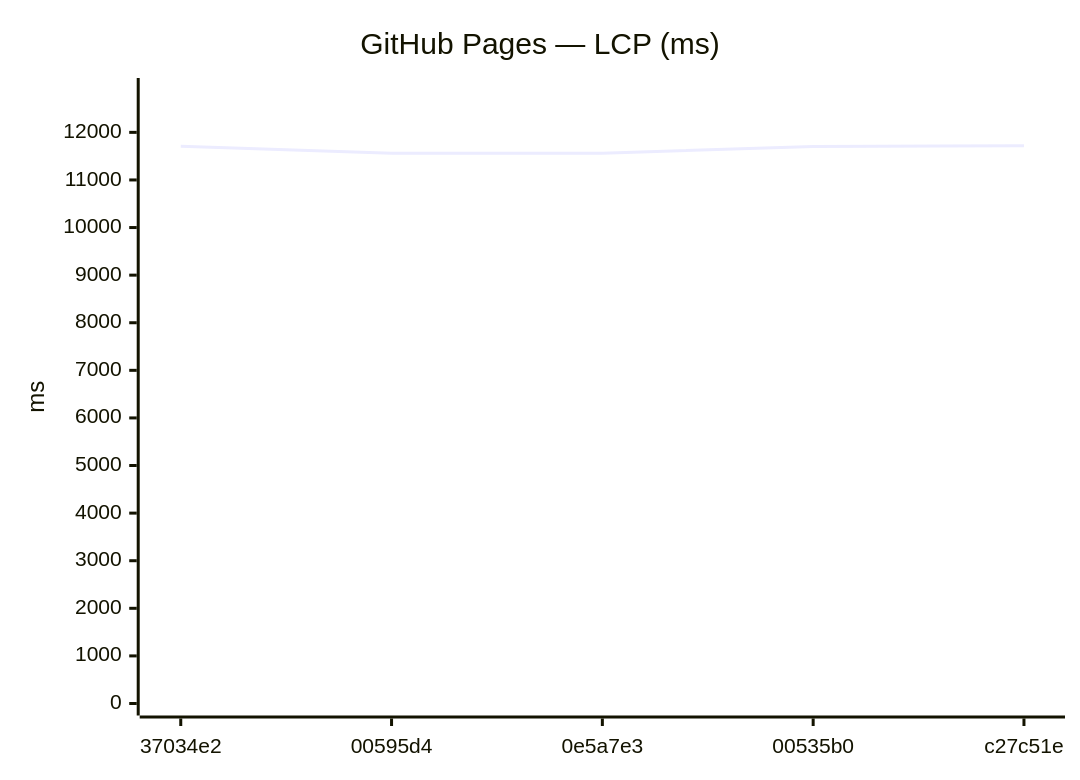
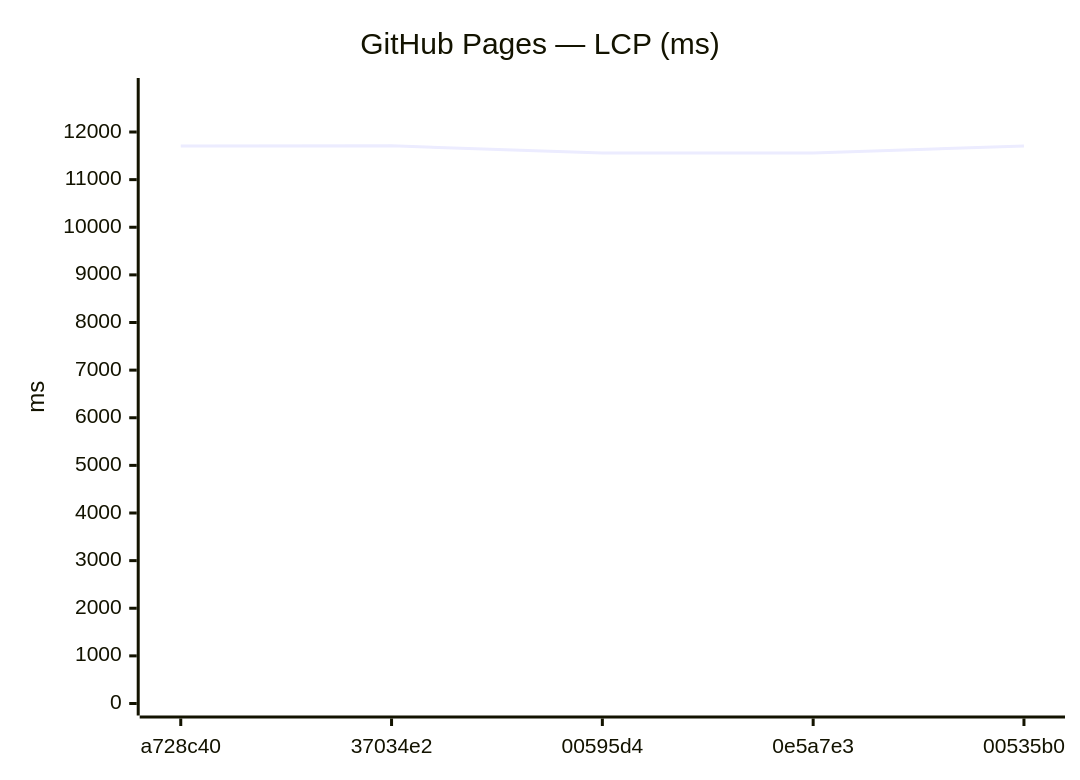
Diagram 11 of 24 in benchmarks/compare.md (Metaheurist/Rianell), drawn with Mermaid before and after one commit. The commit also changed other lines of this file and 12 other files, not shown here.

````diff
--- a/benchmarks/compare.md
+++ b/benchmarks/compare.md
@@ -161,7 +165,7 @@
 ```mermaid
 xychart-beta
     title "GitHub Pages — LCP (ms)"
-    x-axis ["37034e2", "00595d4", "0e5a7e3", "00535b0", "c27c51e"]
-    y-axis "ms" 0 --> 12890
-    line [11710, 11560, 11561, 11705, 11718]
+    x-axis ["a728c40", "37034e2", "00595d4", "0e5a7e3", "00535b0"]
+    y-axis "ms" 0 --> 12882
+    line [11707, 11710, 11560, 11561, 11705]
 ```
````
